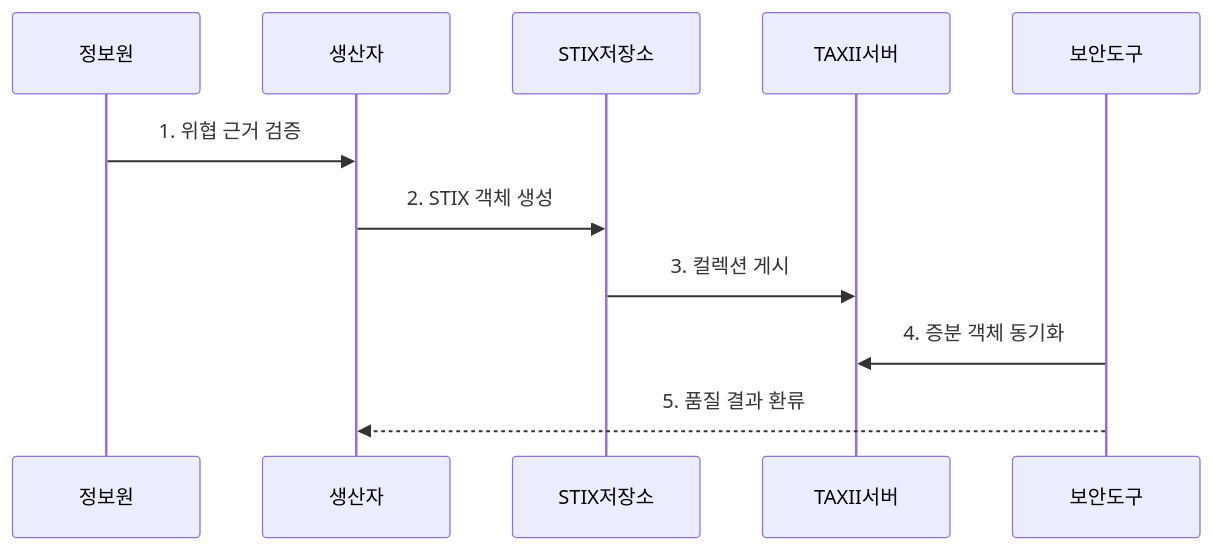
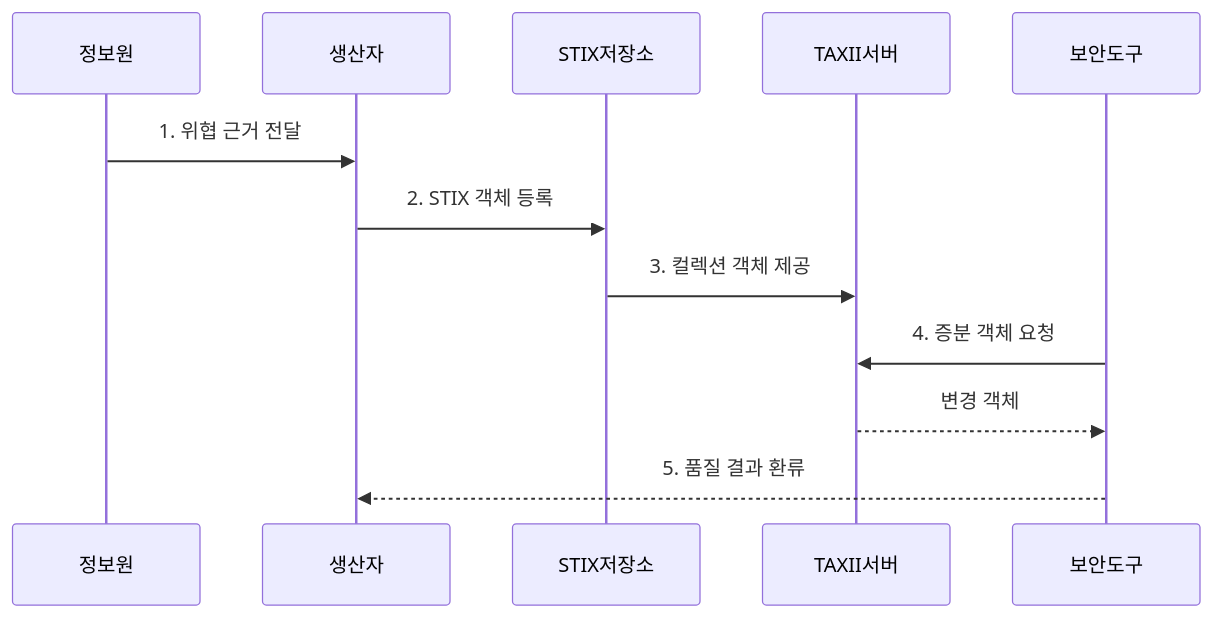
One commit to agnusdei1207/knowledge-base changed the second of 2 diagrams in src/content/docs/notes/04-network/096_threat_intelligence_stix_taxii.md. Above: the diagram before and after it, drawn with Mermaid. The commit also changed other lines of this file and 20 other files, not shown here.

````diff
--- a/src/content/docs/notes/04-network/096_threat_intelligence_stix_taxii.md
+++ b/src/content/docs/notes/04-network/096_threat_intelligence_stix_taxii.md
@@ -83,13 +89,14 @@
 ```mermaid
 sequenceDiagram
     participant 정보원
     participant 생산자
     participant STIX저장소
     participant TAXII서버
     participant 보안도구
-    정보원->>생산자: 1. 위협 근거 검증
-    생산자->>STIX저장소: 2. STIX 객체 생성
-    STIX저장소->>TAXII서버: 3. 컬렉션 게시
-    보안도구->>TAXII서버: 4. 증분 객체 동기화
+    정보원->>생산자: 1. 위협 근거 전달
+    생산자->>STIX저장소: 2. STIX 객체 등록
+    STIX저장소->>TAXII서버: 3. 컬렉션 객체 제공
+    보안도구->>TAXII서버: 4. 증분 객체 요청
+    TAXII서버-->>보안도구: 변경 객체
     보안도구-->>생산자: 5. 품질 결과 환류
 ```
````
